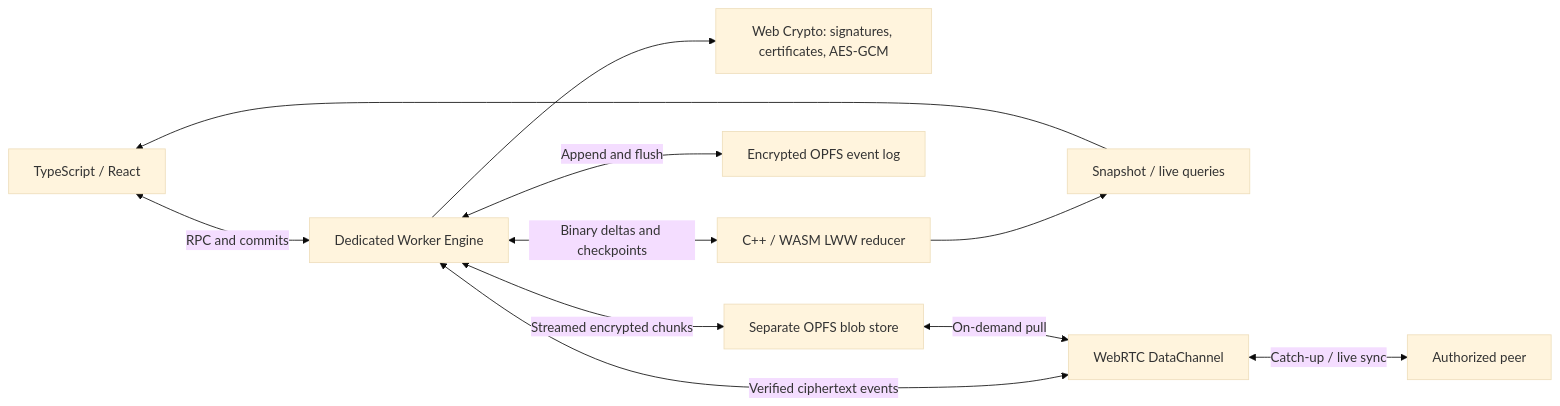
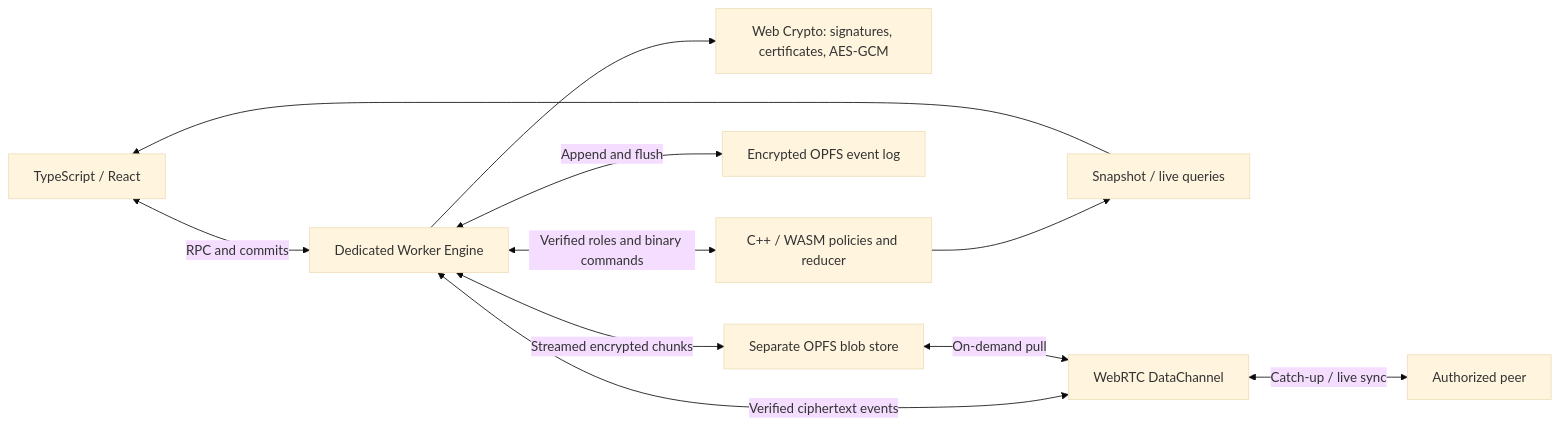
Before and after one commit to 5645hm-a11y/sovereign-local-core: the diagram in README.md, drawn with Mermaid (base theme). The commit also changed other lines of this file and 70 other files, not shown here.

Commit message:
Release v0.2.0: sovereign wallets, native policies and WebRTC mesh

````diff
--- a/README.md
+++ b/README.md
@@ -148,13 +211,13 @@
 ```mermaid
 flowchart LR
   App[TypeScript / React] <-->|RPC and commits| Worker[Dedicated Worker Engine]
   Worker --> Auth[Web Crypto: signatures, certificates, AES-GCM]
-  Worker <-->|Binary deltas and checkpoints| Native[C++ / WASM LWW reducer]
+  Worker <-->|Verified roles and binary commands| Native[C++ / WASM policies and reducer]
   Worker <-->|Append and flush| OPFS[Encrypted OPFS event log]
   Native --> View[Snapshot / live queries]
   View --> App
   Worker <-->|Verified ciphertext events| P2P[WebRTC DataChannel]
   P2P <-->|Catch-up / live sync| Peer[Authorized peer]
   Worker <-->|Streamed encrypted chunks| Blobs[Separate OPFS blob store]
   Blobs <-->|On-demand pull| P2P
 ```
````
